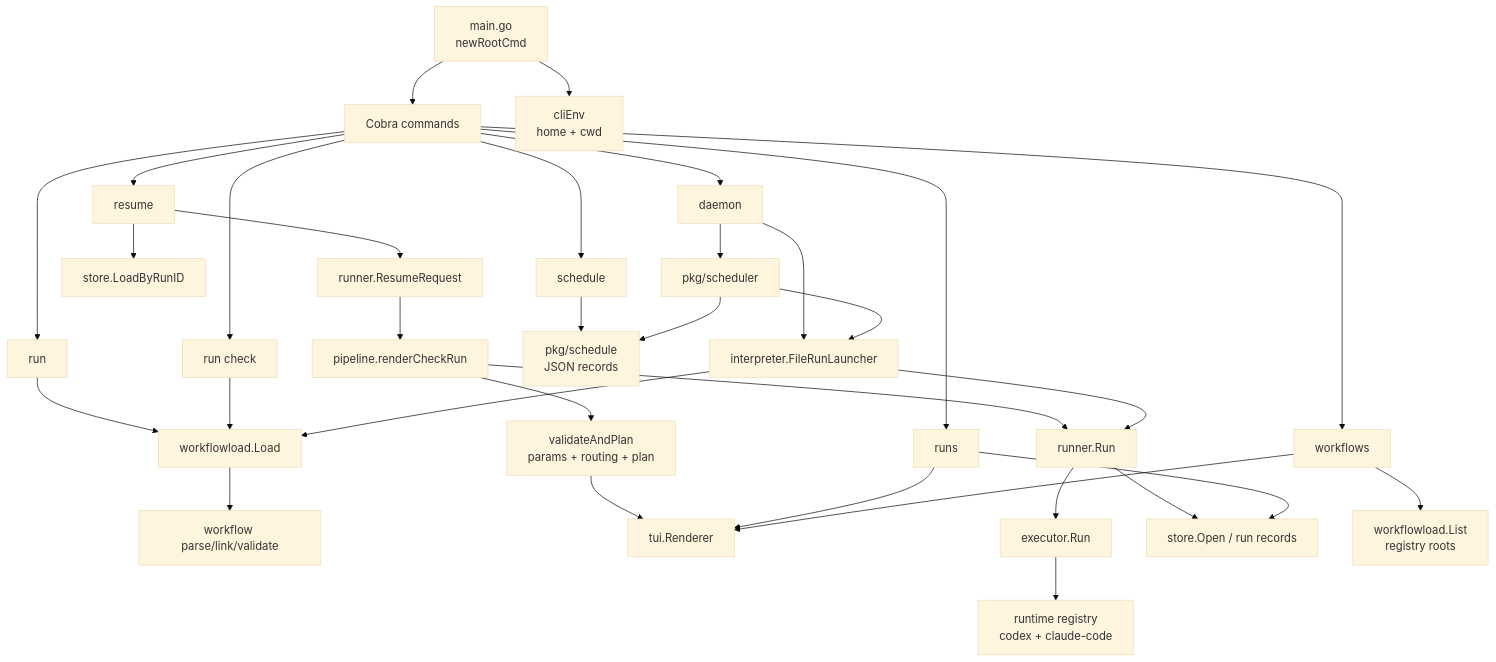
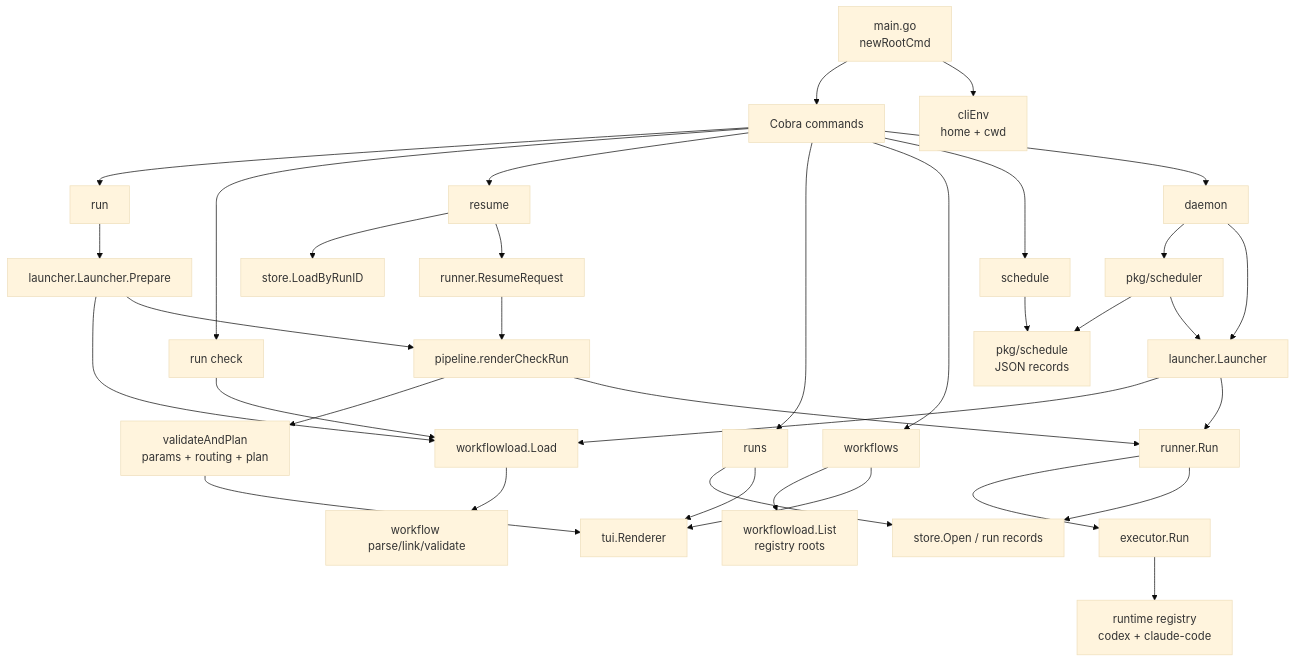
Before and after one commit to mcuste/loom: the first of 4 diagrams in docs/cmd-loom-implementation.md, drawn with Mermaid (base theme). The commit also changed other lines of this file and 12 other files, not shown here.

First line of the commit message:
[launcher] share workflow launch setup

````diff
--- a/docs/cmd-loom-implementation.md
+++ b/docs/cmd-loom-implementation.md
@@ -6,42 +6,44 @@
 ```mermaid
 flowchart TD
   A["main.go<br/>newRootCmd"] --> B["Cobra commands"]
   A --> C["cliEnv<br/>home + cwd"]
 
   B --> R["run"]
   B --> CH["run check"]
   B --> RE["resume"]
   B --> RS["runs"]
   B --> WF["workflows"]
   B --> SC["schedule"]
   B --> D["daemon"]
 
-  R --> L["workflowload.Load"]
+  R --> PREP["launcher.Launcher.Prepare"]
+  PREP --> L["workflowload.Load"]
+  PREP --> P
   CH --> L
   RE --> ST["store.LoadByRunID"]
   RE --> RR["runner.ResumeRequest"]
   RR --> P["pipeline.renderCheckRun"]
 
   L --> W["workflow parse/link/validate"]
   P --> VP["validateAndPlan<br/>params + routing + plan"]
   VP --> TUI["tui.Renderer"]
   P --> RUN["runner.Run"]
 
   RUN --> EX["executor.Run"]
   RUN --> STORE["store.Open / run records"]
   EX --> RT["runtime registry<br/>codex + claude-code"]
 
   RS --> STORE
   RS --> TUI
 
   WF --> REG["workflowload.List<br/>registry roots"]
   WF --> TUI
 
   SC --> SCHED["pkg/schedule<br/>JSON records"]
   D --> IS["pkg/scheduler"]
-  D --> INT["interpreter.FileRunLauncher"]
+  D --> LAUNCH["launcher.Launcher"]
   IS --> SCHED
-  IS --> INT
-  INT --> L
-  INT --> RUN
+  IS --> LAUNCH
+  LAUNCH --> L
+  LAUNCH --> RUN
 ```
````
